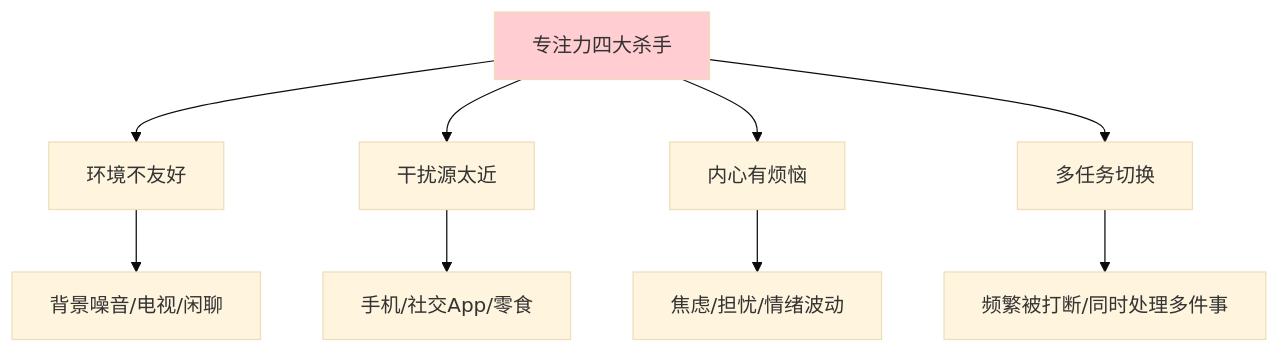
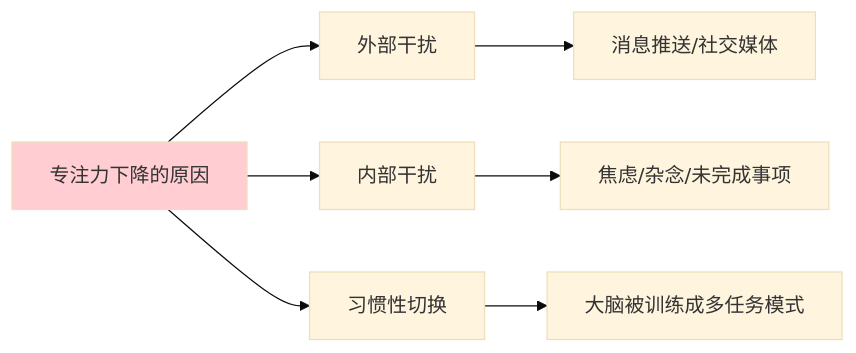
Before and after one commit to chongyang211/YCBookBlog: the second of 7 diagrams in 10.打工充平常记录/10.自我精进七课/07.底层思维的训练/7.1专注能力的提升.md, drawn with Mermaid (base theme). The commit also changed other lines of this file and 55 other files, not shown here.

````diff
--- a/10.打工充平常记录/10.自我精进七课/07.底层思维的训练/7.1专注能力的提升.md
+++ b/10.打工充平常记录/10.自我精进七课/07.底层思维的训练/7.1专注能力的提升.md
@@ -92,12 +73,10 @@
 ```mermaid
-graph TD
-    A[专注力四大杀手] --> B[环境不友好]
-    A --> C[干扰源太近]
-    A --> D[内心有烦恼]
-    A --> E[多任务切换]
-    B --> B1[背景噪音/电视/闲聊]
-    C --> C1[手机/社交App/零食]
-    D --> D1[焦虑/担忧/情绪波动]
-    E --> E1[频繁被打断/同时处理多件事]
+graph LR
+    A[专注力下降的原因] --> B[外部干扰]
+    A --> C[内部干扰]
+    A --> D[习惯性切换]
+    B --> B1[消息推送/社交媒体]
+    C --> C1[焦虑/杂念/未完成事项]
+    D --> D1[大脑被训练成多任务模式]
     style A fill:#ffcdd2
 ```
````
